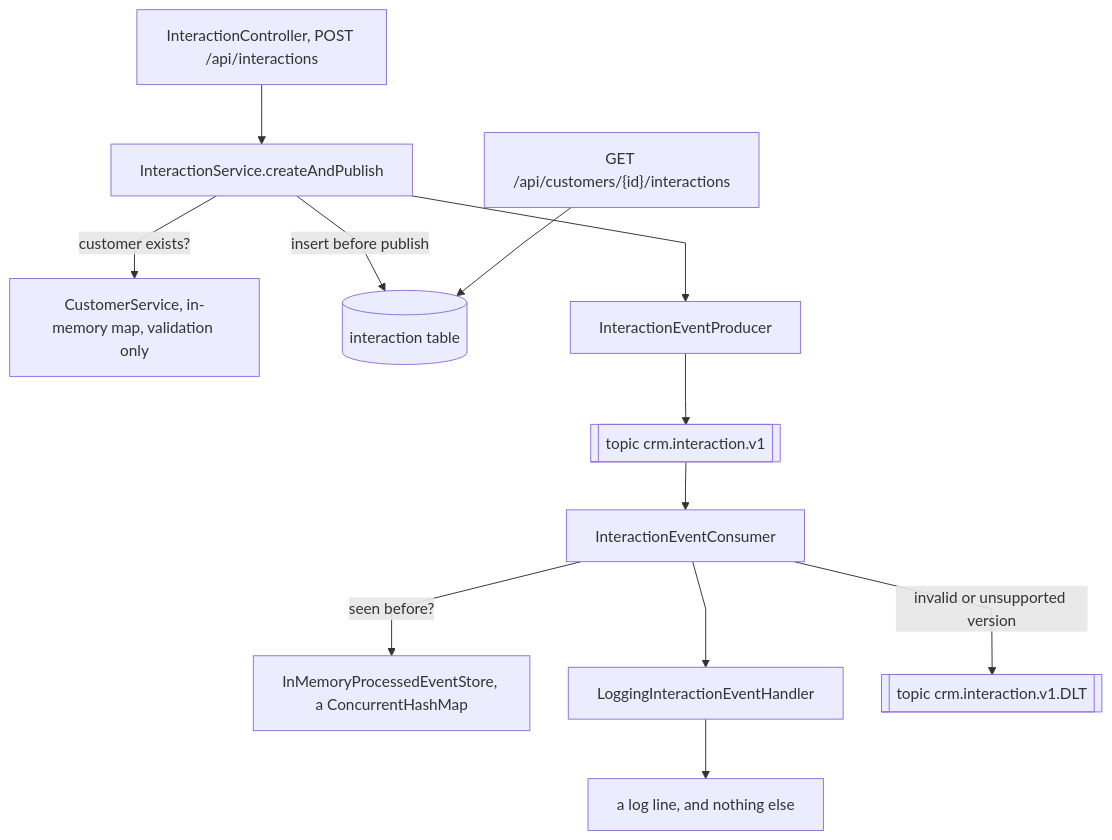
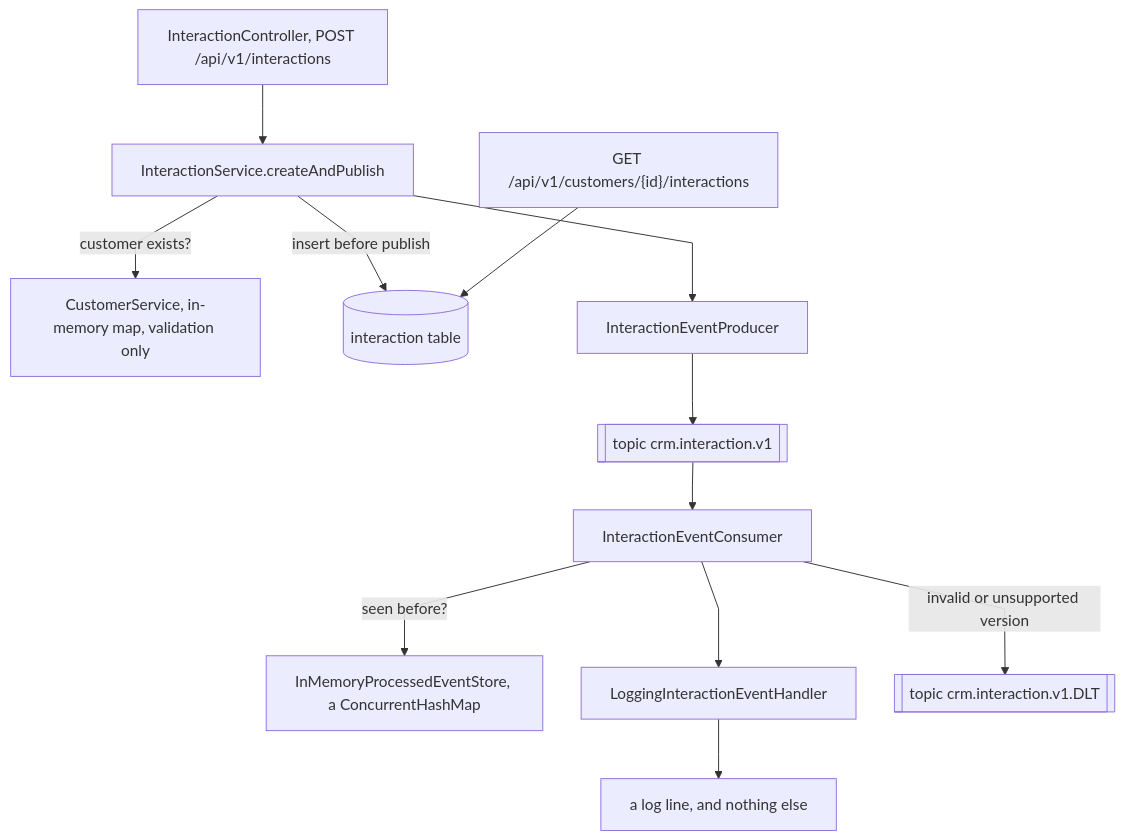
One commit to pupilliluke/java-bootcamp-capstone changed the fourth of 6 diagrams in docs/architecture.md. Above: the diagram before and after it, drawn with Mermaid. The commit also changed other lines of this file and 50 other files, not shown here.

````diff
--- a/docs/architecture.md
+++ b/docs/architecture.md
@@ -132,28 +132,28 @@
 ```mermaid
 %%{init: {"flowchart": {"curve": "linear", "rankSpacing": 50, "nodeSpacing": 40}}}%%
 flowchart TB
-  Ctrl["InteractionController, POST /api/interactions"]
-  Read["GET /api/customers/{id}/interactions"]
+  Ctrl["InteractionController, POST /api/v1/interactions"]
+  Read["GET /api/v1/customers/{id}/interactions"]
   Svc["InteractionService.createAndPublish"]
   Cust["CustomerService, in-memory map, validation only"]
   IntT[("interaction table")]
   Prod["InteractionEventProducer"]
   Topic[["topic crm.interaction.v1"]]
   Cons["InteractionEventConsumer"]
   Seen["InMemoryProcessedEventStore, a ConcurrentHashMap"]
   Handler["LoggingInteractionEventHandler"]
   Out["a log line, and nothing else"]
   DLT[["topic crm.interaction.v1.DLT"]]
 
   Ctrl --> Svc
   Svc -- "customer exists?" --> Cust
   Svc -- "insert before publish" --> IntT
   Read --> IntT
   Svc --> Prod
   Prod --> Topic
   Topic --> Cons
   Cons -- "seen before?" --> Seen
   Cons --> Handler
   Handler --> Out
   Cons -- "invalid or unsupported version" --> DLT
 ```
````
